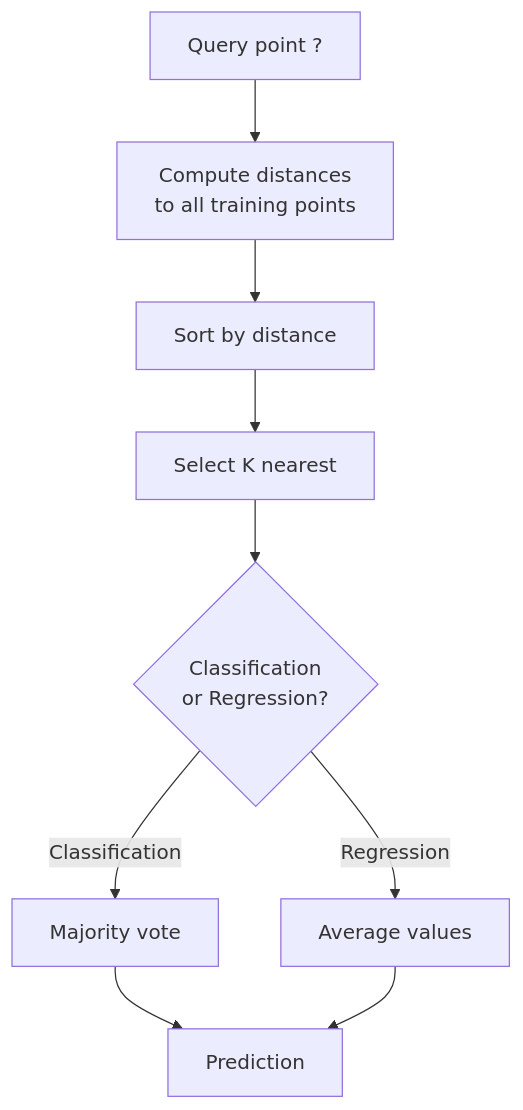
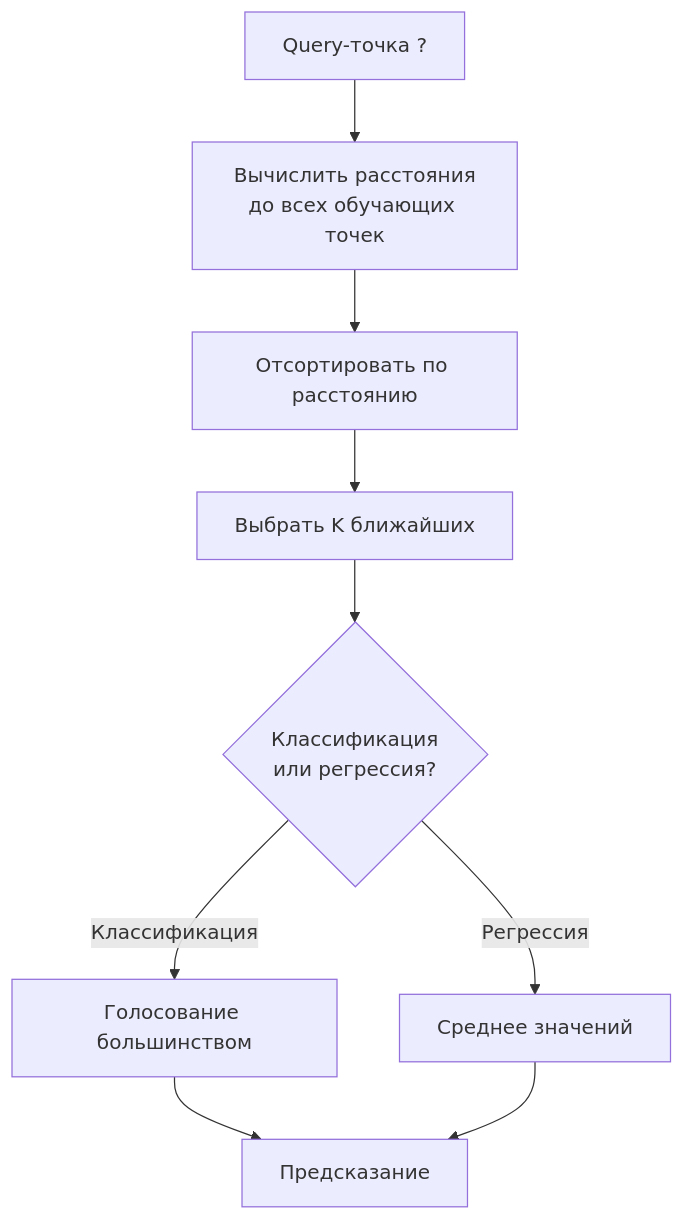
Before and after one commit to stabuev/ai-engineering-from-scratch: the first of 3 diagrams in phases/02-ml-fundamentals/06-knn-and-distances/docs/ru.md, drawn with Mermaid. The commit also changed other lines of this file and 22 other files, not shown here.

````diff
--- a/phases/02-ml-fundamentals/06-knn-and-distances/docs/ru.md
+++ b/phases/02-ml-fundamentals/06-knn-and-distances/docs/ru.md
@@ -39,11 +39,11 @@
 ```mermaid
 graph TD
-    Q["Query point ?"] --> D["Compute distances<br>to all training points"]
-    D --> S["Sort by distance"]
-    S --> K["Select K nearest"]
-    K --> C{"Classification<br>or Regression?"}
-    C -->|Classification| V["Majority vote"]
-    C -->|Regression| A["Average values"]
-    V --> P["Prediction"]
+    Q["Query-точка ?"] --> D["Вычислить расстояния<br>до всех обучающих точек"]
+    D --> S["Отсортировать по расстоянию"]
+    S --> K["Выбрать K ближайших"]
+    K --> C{"Классификация<br>или регрессия?"}
+    C -->|Классификация| V["Голосование большинством"]
+    C -->|Регрессия| A["Среднее значений"]
+    V --> P["Предсказание"]
     A --> P
 ```
````
